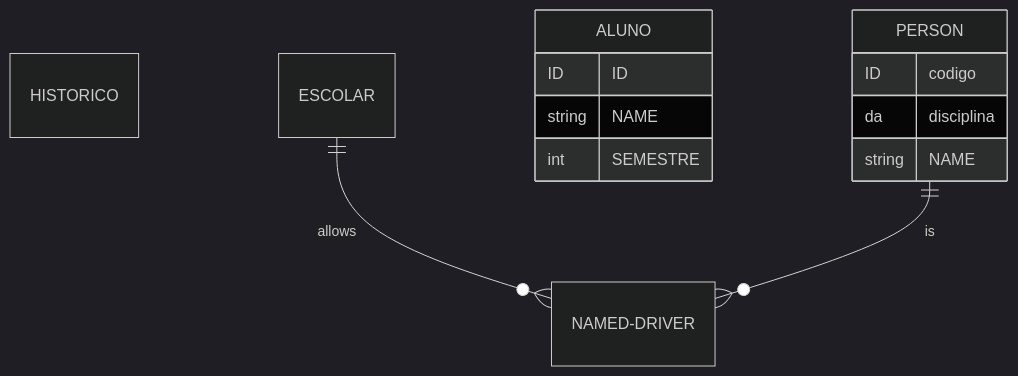
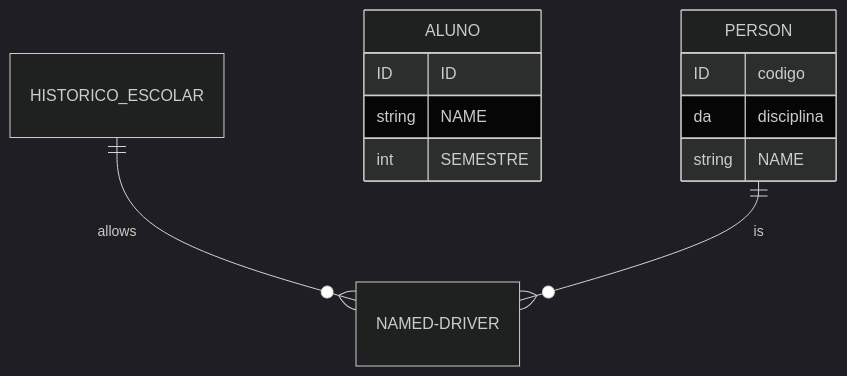
One commit to NeonBrasil/BancoDeDados changed the diagram in README.md. Above: the diagram before and after it, drawn with Mermaid (dark theme).

````diff
--- a/README.md
+++ b/README.md
@@ -6,14 +6,14 @@
 ``` mermaid
 erDiagram
-    HISTORICO ESCOLAR ||--o{ NAMED-DRIVER : allows
+    HISTORICO_ESCOLAR ||--o{ NAMED-DRIVER : allows
     ALUNO {
         ID ID
         string NAME
         int SEMESTRE
     }
     PERSON ||--o{ NAMED-DRIVER : is
     PERSON {
         ID codigo da disciplina
         string NAME
     }
 ```
````
